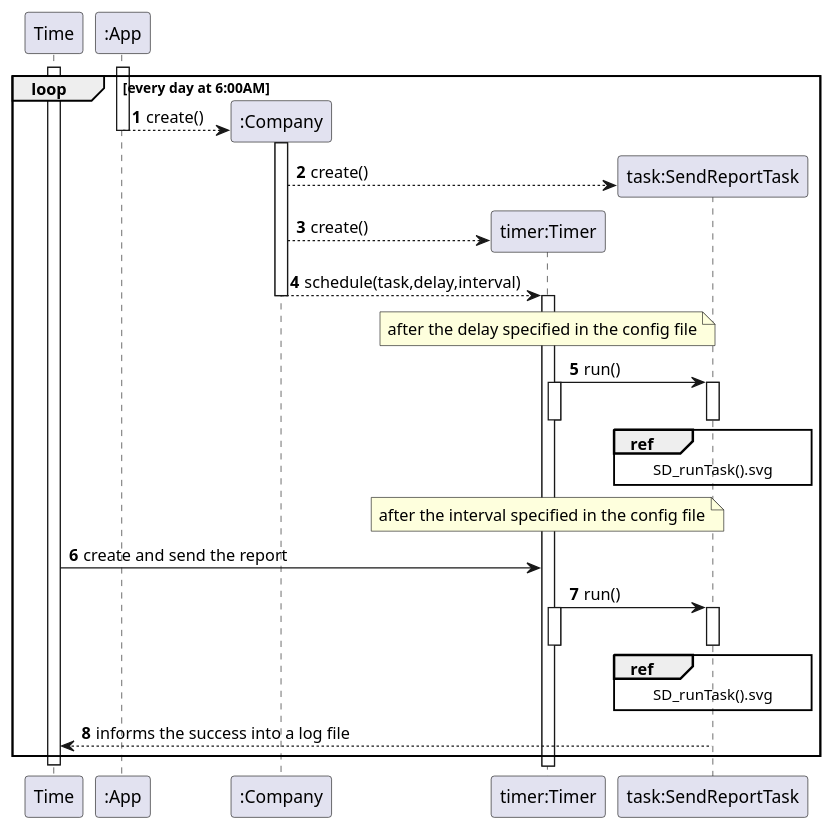
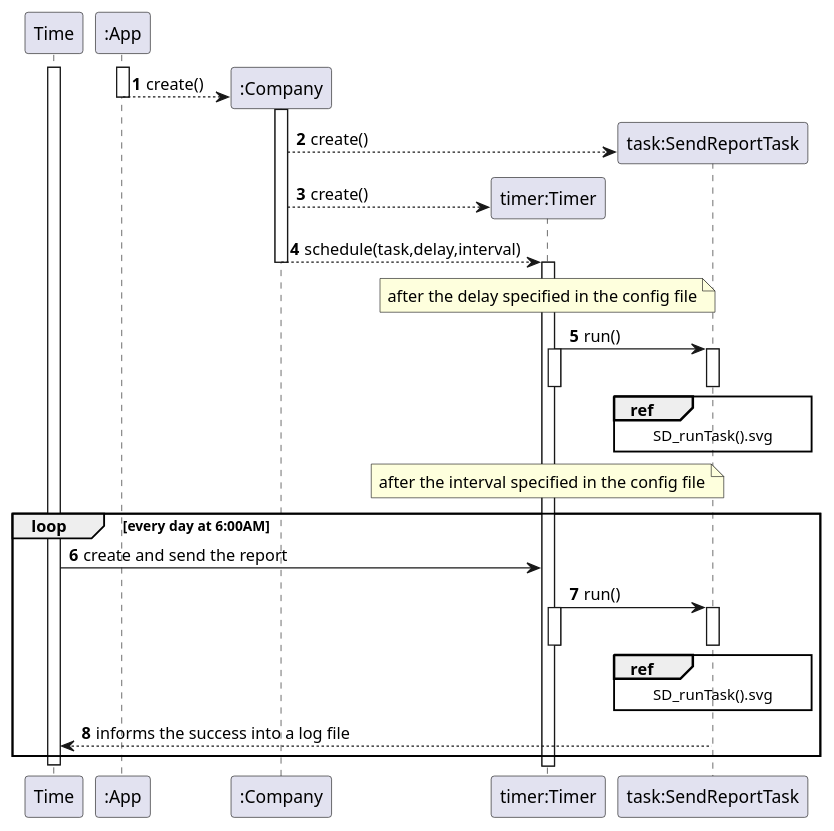
Before and after one commit to MarianaCLages/LAPR2: the diagram in docs/SprintD/US19/US19_SD.puml, drawn with PlantUML. The commit also changed 10 other files, not shown here.

```diff
--- a/docs/SprintD/US19/US19_SD.puml
+++ b/docs/SprintD/US19/US19_SD.puml
@@ -1,45 +1,46 @@
 @startuml
 'https://plantuml.com/sequence-diagram
 
 autonumber
 participant "Time" as tm
 
 participant ":App" as ap
 participant ":Company" as comp
 participant "timer:Timer" as timer
 participant "task:SendReportTask" as task
 
-loop every day at 6:00AM
 activate tm
 
     activate ap
     ap --> comp**:create()
     deactivate ap
     activate comp
     comp --> task**: create()
     comp --> timer**:create()
     comp --> timer : schedule(task,delay,interval)
     deactivate comp
     note over timer: after the delay specified in the config file
     activate timer
     deactivate
 
     timer -> task:run()
     ref over task: SD_runTask().svg
     activate timer
     deactivate timer
     activate task
     deactivate
     note over timer: after the interval specified in the config file
+    loop every day at 6:00AM
+
     tm -> timer: create and send the report
     timer -> task:run()
     ref over task: SD_runTask().svg
     activate timer
     deactivate timer
     activate task
     deactivate
     deactivate comp
     task --> tm: informs the success into a log file
 end
 deactivate tm
 @enduml
```
